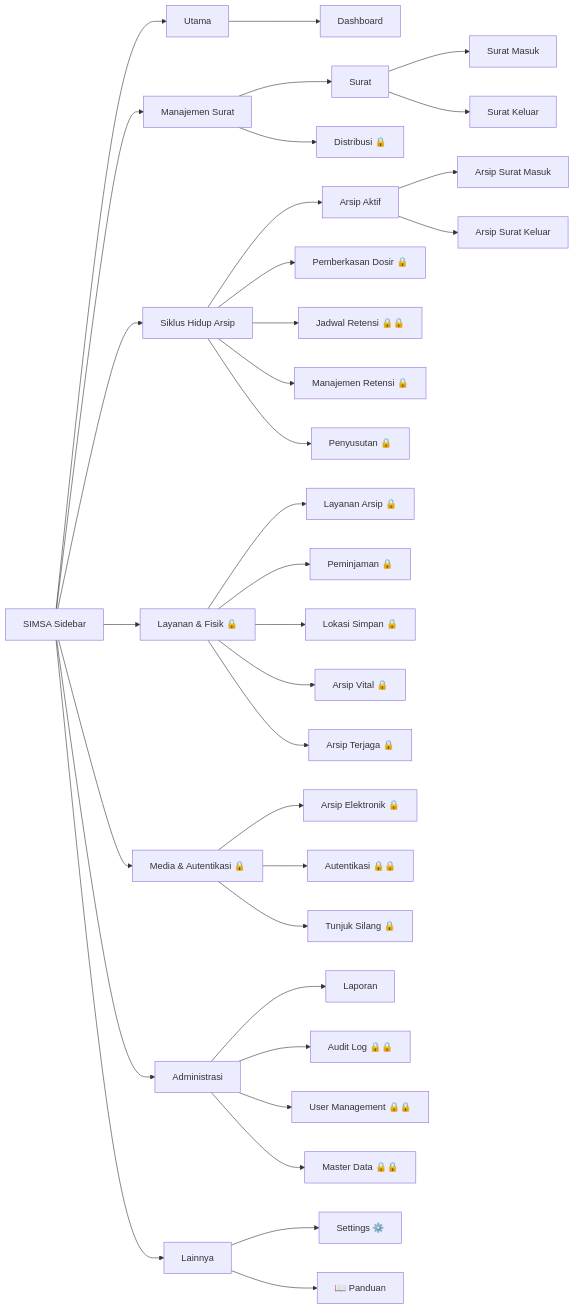
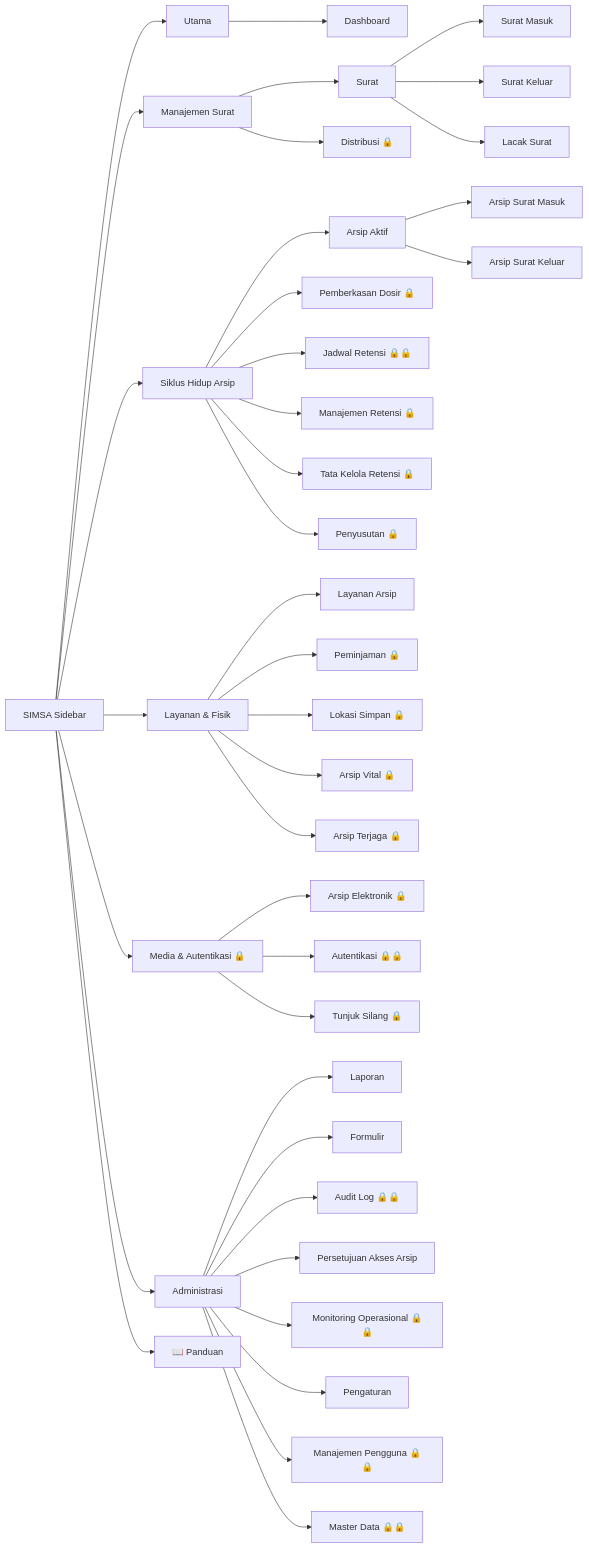
One commit to bayilaras/simsa-atrbpn changed the second of 9 diagrams in PANDUAN_PENGGUNAAN_SIMSA.md. Above: the diagram before and after it, drawn with Mermaid. The commit also changed other lines of this file, not shown here.

First line of the commit message:
docs: panduan disesuaikan dengan aplikasi

````diff
--- a/PANDUAN_PENGGUNAAN_SIMSA.md
+++ b/PANDUAN_PENGGUNAAN_SIMSA.md
@@ -273,43 +277,46 @@
 ```mermaid
 graph LR
     A[SIMSA Sidebar] --> B[Utama]
     A --> C[Manajemen Surat]
     A --> D[Siklus Hidup Arsip]
-    A --> E["Layanan & Fisik 🔒"]
+    A --> E["Layanan & Fisik"]
     A --> F["Media & Autentikasi 🔒"]
     A --> G[Administrasi]
-    A --> H[Lainnya]
+    A --> H["📖 Panduan"]
 
     B --> B1[Dashboard]
 
     C --> C1[Surat]
     C1 --> C1a[Surat Masuk]
     C1 --> C1b[Surat Keluar]
+    C1 --> C1c[Lacak Surat]
     C --> C2["Distribusi 🔒"]
 
     D --> D1[Arsip Aktif]
     D1 --> D1a[Arsip Surat Masuk]
     D1 --> D1b[Arsip Surat Keluar]
     D --> D2["Pemberkasan Dosir 🔒"]
     D --> D3["Jadwal Retensi 🔒🔒"]
     D --> D4["Manajemen Retensi 🔒"]
+    D --> D6["Tata Kelola Retensi 🔒"]
     D --> D5["Penyusutan 🔒"]
 
-    E --> E1["Layanan Arsip 🔒"]
+    E --> E1[Layanan Arsip]
     E --> E2["Peminjaman 🔒"]
     E --> E3["Lokasi Simpan 🔒"]
     E --> E4["Arsip Vital 🔒"]
     E --> E5["Arsip Terjaga 🔒"]
 
     F --> F1["Arsip Elektronik 🔒"]
     F --> F2["Autentikasi 🔒🔒"]
     F --> F3["Tunjuk Silang 🔒"]
 
     G --> G1[Laporan]
+    G --> G7[Formulir]
     G --> G2["Audit Log 🔒🔒"]
-    G --> G3["User Management 🔒🔒"]
+    G --> G5[Persetujuan Akses Arsip]
+    G --> G6["Monitoring Operasional 🔒🔒"]
+    G --> G8[Pengaturan]
+    G --> G3["Manajemen Pengguna 🔒🔒"]
     G --> G4["Master Data 🔒🔒"]
-
-    H --> H1["Settings ⚙️"]
-    H --> H2["📖 Panduan"]
 ```
````
